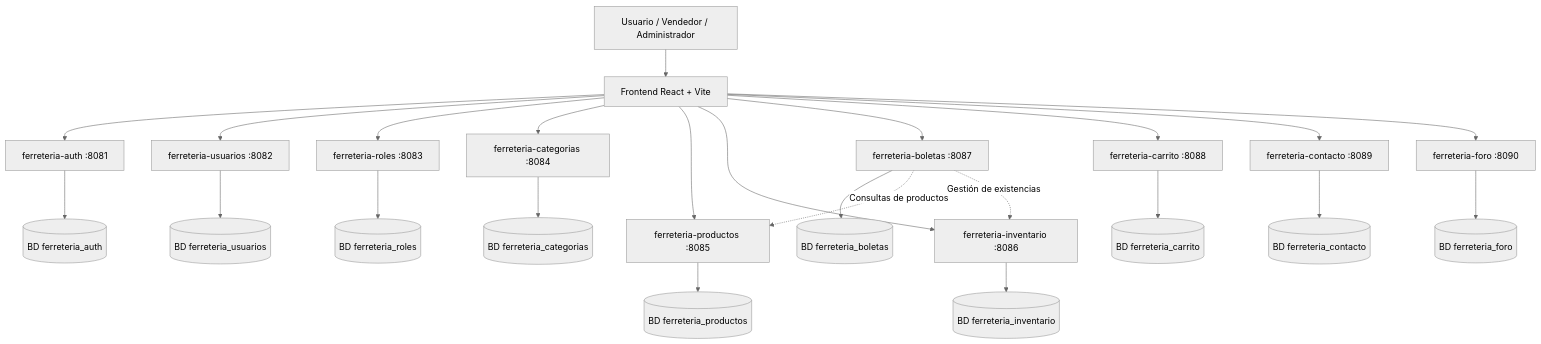
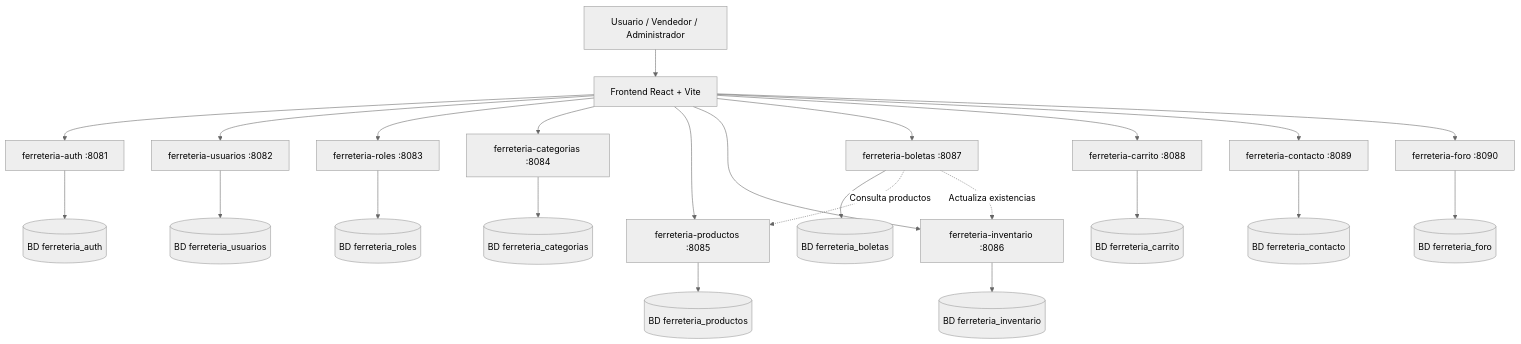
One commit to kevishowardgonzalez/ferreteria-backend changed the first of 4 diagrams in README.md. Above: the diagram before and after it, drawn with Mermaid (neutral theme). The commit also changed other lines of this file, not shown here.

````diff
--- a/README.md
+++ b/README.md
@@ -64,29 +60,29 @@
 ```mermaid
 flowchart TD
     U[Usuario / Vendedor / Administrador] --> F[Frontend React + Vite]
 
     F --> A[ferreteria-auth :8081]
     F --> B[ferreteria-usuarios :8082]
     F --> C[ferreteria-roles :8083]
     F --> D[ferreteria-categorias :8084]
     F --> E[ferreteria-productos :8085]
     F --> G[ferreteria-inventario :8086]
     F --> H[ferreteria-boletas :8087]
     F --> I[ferreteria-carrito :8088]
     F --> J[ferreteria-contacto :8089]
     F --> K[ferreteria-foro :8090]
 
     A --> DA[(BD ferreteria_auth)]
     B --> DB[(BD ferreteria_usuarios)]
     C --> DC[(BD ferreteria_roles)]
     D --> DD[(BD ferreteria_categorias)]
     E --> DE[(BD ferreteria_productos)]
     G --> DG[(BD ferreteria_inventario)]
     H --> DH[(BD ferreteria_boletas)]
     I --> DI[(BD ferreteria_carrito)]
     J --> DJ[(BD ferreteria_contacto)]
     K --> DK[(BD ferreteria_foro)]
 
-    H -. Consultas de productos .-> E
-    H -. Gestión de existencias .-> G
+    H -. Consulta productos .-> E
+    H -. Actualiza existencias .-> G
 ```
````
